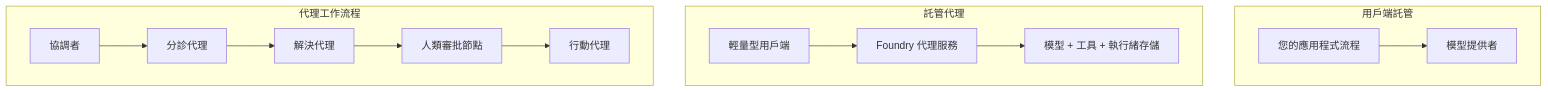
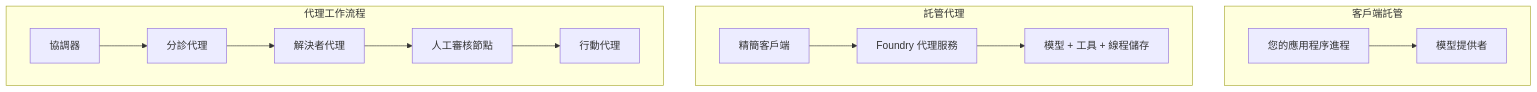
One commit to gabrielmoreira/agent-skills-mirror changed the first of 4 diagrams in mirrors/repos/microsoft@ai-agents-for-beginners/translations/zh-TW/16-deploying-scalable-agents/README.md. Above: the diagram before and after it, drawn with Mermaid. The commit also changed other lines of this file and 3581 other files, not shown here.

````diff
--- a/mirrors/repos/microsoft@ai-agents-for-beginners/translations/zh-TW/16-deploying-scalable-agents/README.md
+++ b/mirrors/repos/microsoft@ai-agents-for-beginners/translations/zh-TW/16-deploying-scalable-agents/README.md
@@ -87,16 +87,16 @@
 ```mermaid
 flowchart TB
-    subgraph P1[用戶端託管]
-        A1[您的應用程式流程] --> M1[模型提供者]
+    subgraph P1[客戶端託管]
+        A1[您的應用程序進程] --> M1[模型提供者]
     end
     subgraph P2[託管代理]
-        A2[輕量型用戶端] --> F2[Foundry 代理服務]
-        F2 --> M2[模型 + 工具 + 執行緒存儲]
+        A2[精簡客戶端] --> F2[Foundry 代理服務]
+        F2 --> M2[模型 + 工具 + 線程儲存]
     end
     subgraph P3[代理工作流程]
-        A3[協調者] --> S1[分診代理]
-        S1 --> S2[解決代理]
-        S2 --> H[人類審批節點]
+        A3[協調器] --> S1[分診代理]
+        S1 --> S2[解決者代理]
+        S2 --> H[人工審核節點]
         H --> S3[行動代理]
     end
 ```
````
